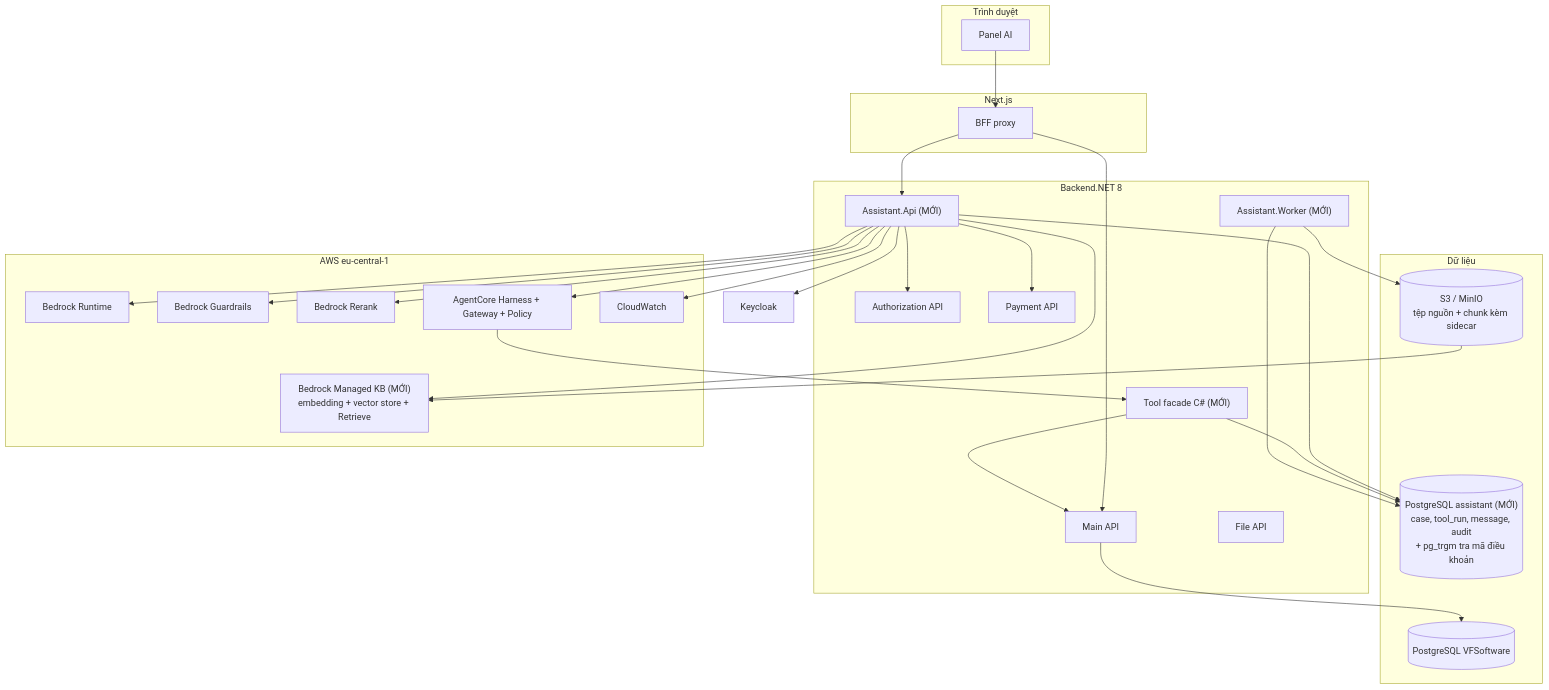
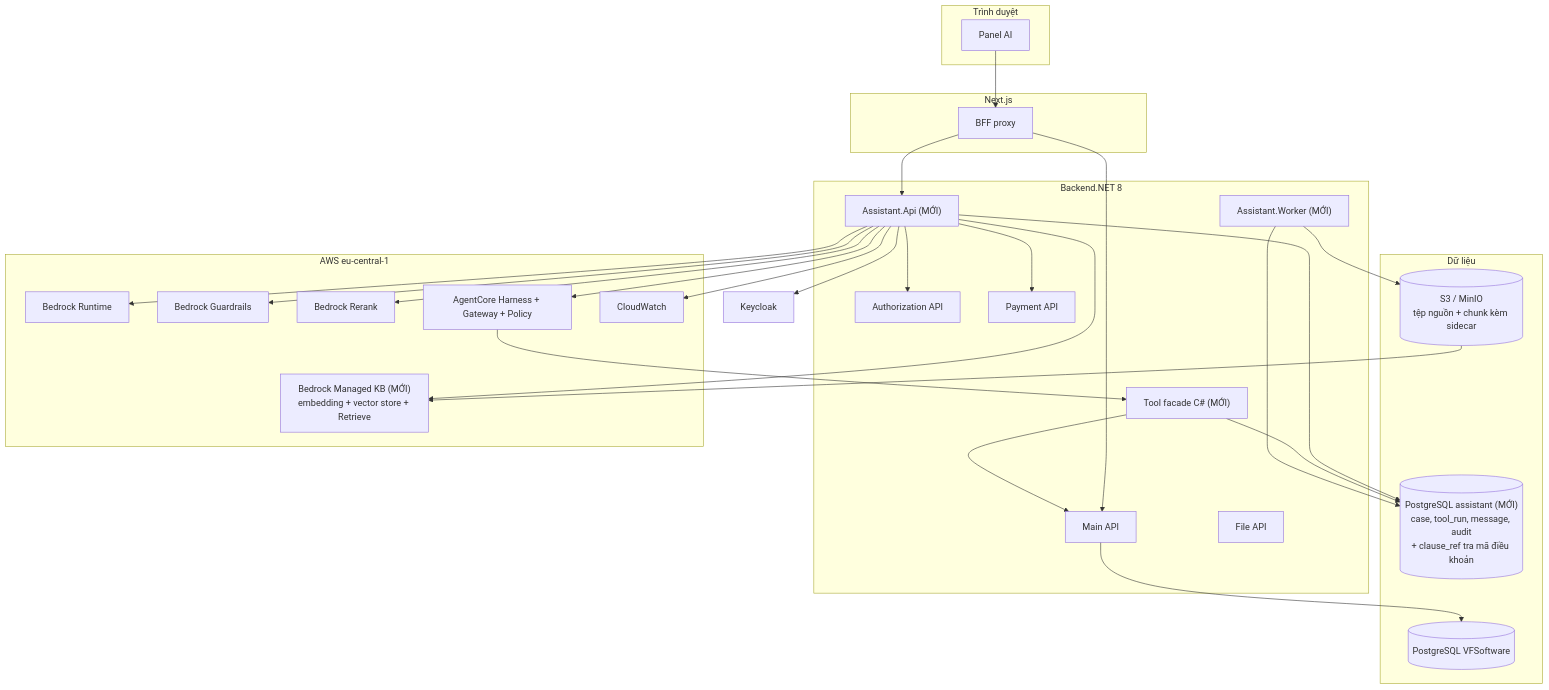
The second of 15 diagrams in ship/01-kien-truc.md (vdloc/vfstructures-ai-solution), drawn with Mermaid before and after one commit. The commit also changed other lines of this file and 54 other files, not shown here.

First line of the commit message:
docs: sync flow page and ship set with AD-28/AD-29, add citations

````diff
--- a/ship/01-kien-truc.md
+++ b/ship/01-kien-truc.md
@@ -207,53 +207,53 @@
 ```mermaid
 flowchart TB
  subgraph CLIENT["Trình duyệt"]
  UI["Panel AI"]
  end
  subgraph NEXT["Next.js"]
  BFF["BFF proxy"]
  end
  subgraph SVC["Backend.NET 8"]
  MAIN["Main API"]
  AUTHZ["Authorization API"]
  PAY["Payment API"]
  FILE["File API"]
  ASSIST["Assistant.Api (MỚI)"]
  FAC["Tool facade C# (MỚI)"]
  WORKER["Assistant.Worker (MỚI)"]
  end
  subgraph DATA["Dữ liệu"]
  PGMAIN[("PostgreSQL VFSoftware")]
- PGAI[("PostgreSQL assistant (MỚI)<br/>case, tool_run, message, audit<br/>+ pg_trgm tra mã điều khoản")]
+ PGAI[("PostgreSQL assistant (MỚI)<br/>case, tool_run, message, audit<br/>+ clause_ref tra mã điều khoản")]
  OBJ[("S3 / MinIO<br/>tệp nguồn + chunk kèm sidecar")]
  end
  subgraph AWS["AWS eu-central-1"]
  BRT["Bedrock Runtime"]
  MKB["Bedrock Managed KB (MỚI)<br/>embedding + vector store + Retrieve"]
  BRG["Bedrock Guardrails"]
  BRR["Bedrock Rerank"]
  AGC["AgentCore Harness + Gateway + Policy"]
  CW["CloudWatch"]
  end
  KC["Keycloak"]
 
  UI --> BFF
  BFF --> ASSIST
  BFF --> MAIN
  ASSIST --> AUTHZ
  ASSIST --> PAY
  ASSIST --> PGAI
  ASSIST --> BRT
  ASSIST --> MKB
  ASSIST --> BRG
  ASSIST --> BRR
  ASSIST --> AGC
  AGC --> FAC
  FAC --> MAIN
  FAC --> PGAI
  MAIN --> PGMAIN
  WORKER --> OBJ
  WORKER --> PGAI
  OBJ --> MKB
  ASSIST --> KC
  ASSIST --> CW
 ```
````
